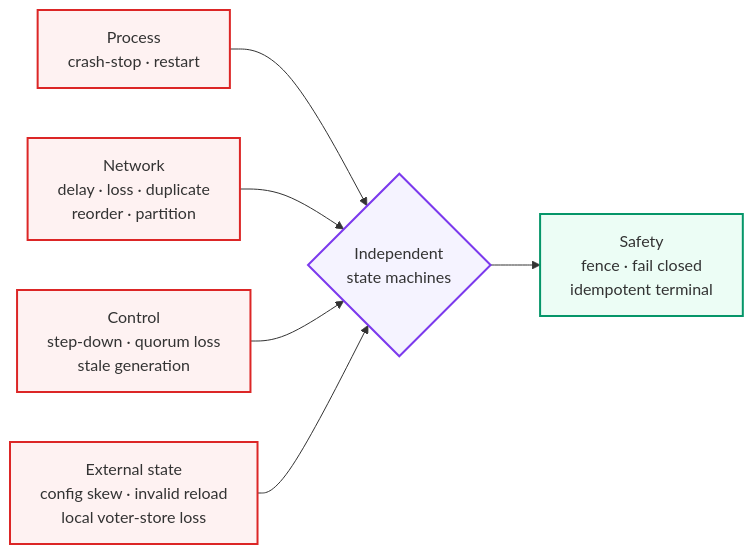
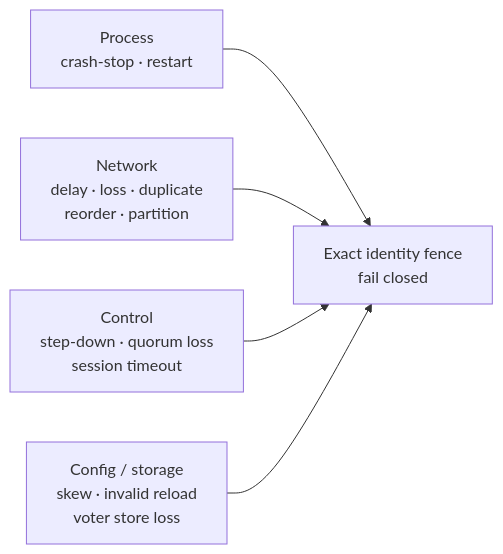
The first of 3 diagrams in docs/spec/003-failure-and-recovery-model.md (cagojeiger/relaygate), drawn with Mermaid before and after one commit. The commit also changed other lines of this file and 120 other files, not shown here.

````diff
--- a/docs/spec/003-failure-and-recovery-model.md
+++ b/docs/spec/003-failure-and-recovery-model.md
@@ -15,22 +9,7 @@
 ```mermaid
 flowchart LR
-    P["Process<br/>crash-stop · restart"]
-    N["Network<br/>delay · loss · duplicate<br/>reorder · partition"]
-    C["Control<br/>step-down · quorum loss<br/>stale generation"]
-    X["External state<br/>config skew · invalid reload<br/>local voter-store loss"]
-    M{"Independent<br/>state machines"}
-    S["Safety<br/>fence · fail closed<br/>idempotent terminal"]
-
-    P --> M
-    N --> M
-    C --> M
-    X --> M
-    M --> S
-
-    classDef failure fill:#fef2f2,stroke:#dc2626,stroke-width:2px
-    classDef model fill:#f5f3ff,stroke:#7c3aed,stroke-width:2px
-    classDef safe fill:#ecfdf5,stroke:#059669,stroke-width:2px
-    class P,N,C,X failure
-    class M model
-    class S safe
+    P["Process<br/>crash-stop · restart"] --> S["Exact identity fence<br/>fail closed"]
+    N["Network<br/>delay · loss · duplicate<br/>reorder · partition"] --> S
+    C["Control<br/>step-down · quorum loss<br/>session timeout"] --> S
+    X["Config / storage<br/>skew · invalid reload<br/>voter store loss"] --> S
 ```
````
